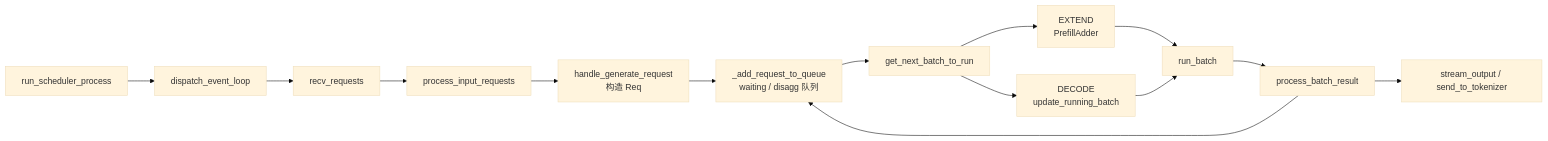
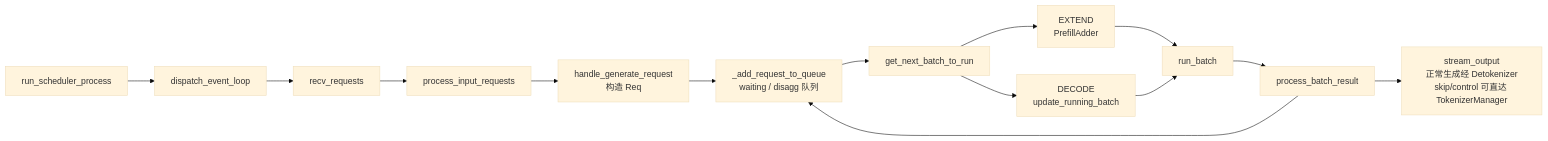
Before and after one commit to OnlyHero5/sglang-reading-vault: the diagram in sglang_reading/请求调度/Scheduler/SGLang-Scheduler-源码走读.md, drawn with Mermaid (base theme). The commit also changed other lines of this file and 512 other files, not shown here.

````diff
--- a/sglang_reading/请求调度/Scheduler/SGLang-Scheduler-源码走读.md
+++ b/sglang_reading/请求调度/Scheduler/SGLang-Scheduler-源码走读.md
@@ -46,16 +46,16 @@
 ```mermaid
 flowchart LR
     Start["run_scheduler_process"] --> Loop["dispatch_event_loop"]
     Loop --> Recv["recv_requests"]
     Recv --> Dispatch["process_input_requests"]
     Dispatch --> Req["handle_generate_request<br/>构造 Req"]
     Req --> Queue["_add_request_to_queue<br/>waiting / disagg 队列"]
     Queue --> Pick["get_next_batch_to_run"]
     Pick --> Prefill["EXTEND<br/>PrefillAdder"]
     Pick --> Decode["DECODE<br/>update_running_batch"]
     Prefill --> Run["run_batch"]
     Decode --> Run
     Run --> Result["process_batch_result"]
     Result --> Queue
-    Result --> Output["stream_output / send_to_tokenizer"]
+    Result --> Output["stream_output<br/>正常生成经 Detokenizer<br/>skip/control 可直达 TokenizerManager"]
 ```
````
